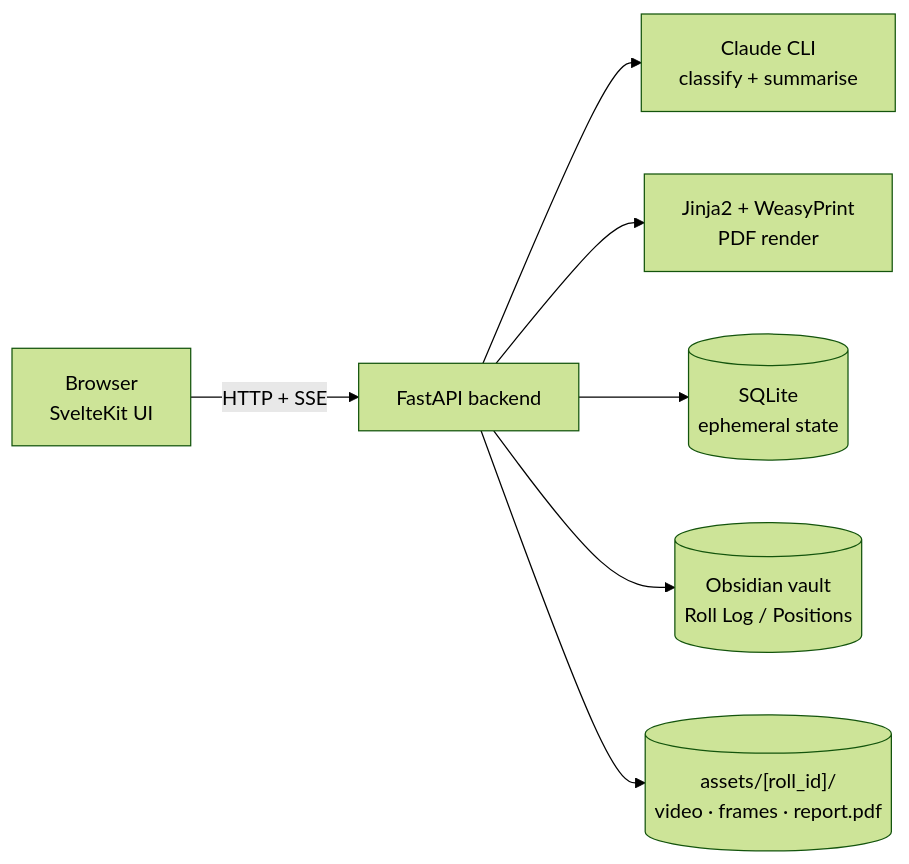
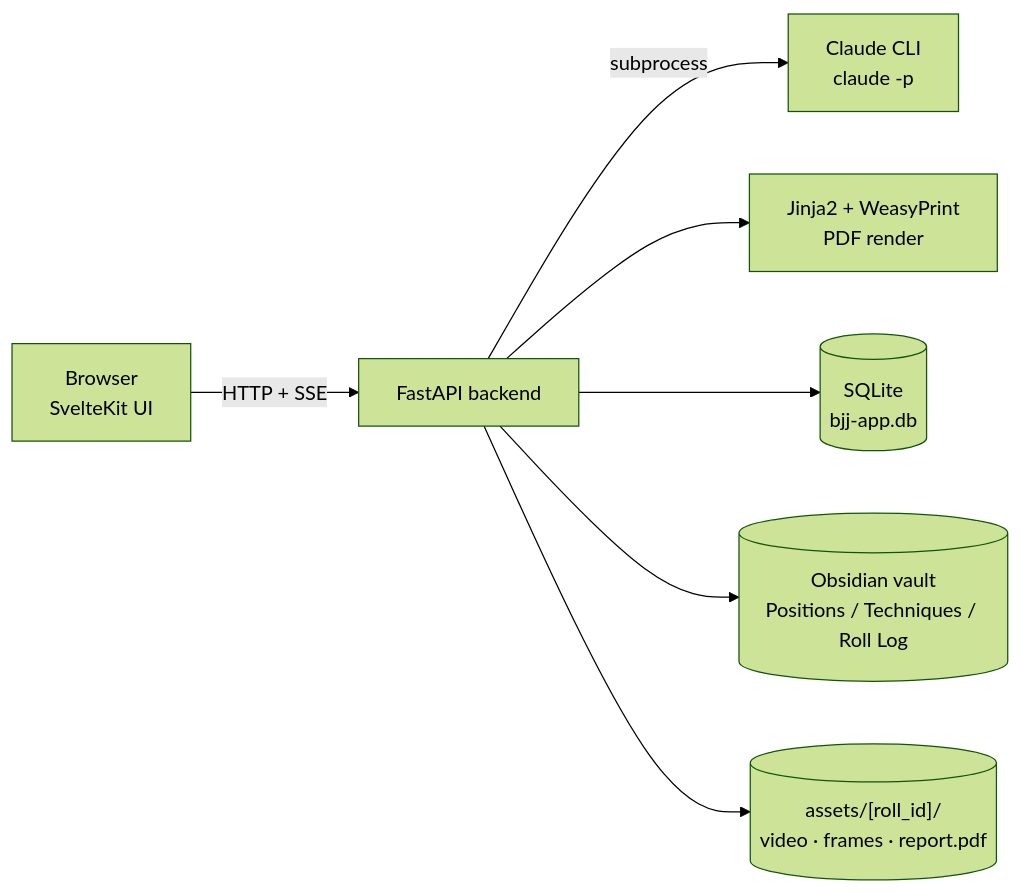
Before and after one commit to Greigb/BJJ_Analysis: the diagram in README.md, drawn with Mermaid (forest theme). The commit also changed other lines of this file, not shown here.

````diff
--- a/README.md
+++ b/README.md
@@ -9,17 +9,17 @@
 ```mermaid
 flowchart LR
     Browser["Browser<br/>SvelteKit UI"]
     API["FastAPI backend"]
-    Claude["Claude CLI<br/>classify + summarise"]
+    Claude["Claude CLI<br/>claude -p"]
     PDF["Jinja2 + WeasyPrint<br/>PDF render"]
-    SQLite[("SQLite<br/>ephemeral state")]
-    Vault[("Obsidian vault<br/>Roll Log / Positions")]
+    SQLite[("SQLite<br/>bjj-app.db")]
+    Vault[("Obsidian vault<br/>Positions / Techniques / Roll Log")]
     Assets[("assets/[roll_id]/<br/>video · frames · report.pdf")]
 
     Browser -->|HTTP + SSE| API
-    API --> Claude
+    API -->|subprocess| Claude
     API --> PDF
     API --> SQLite
     API --> Vault
     API --> Assets
 ```
````
